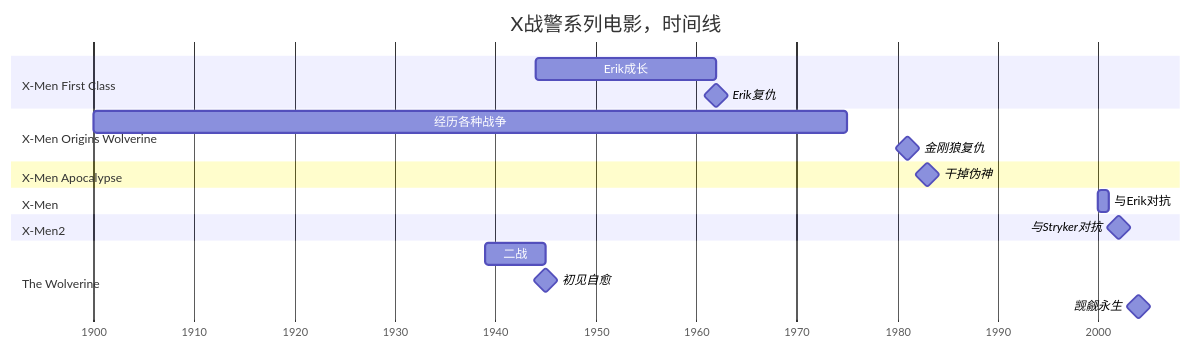
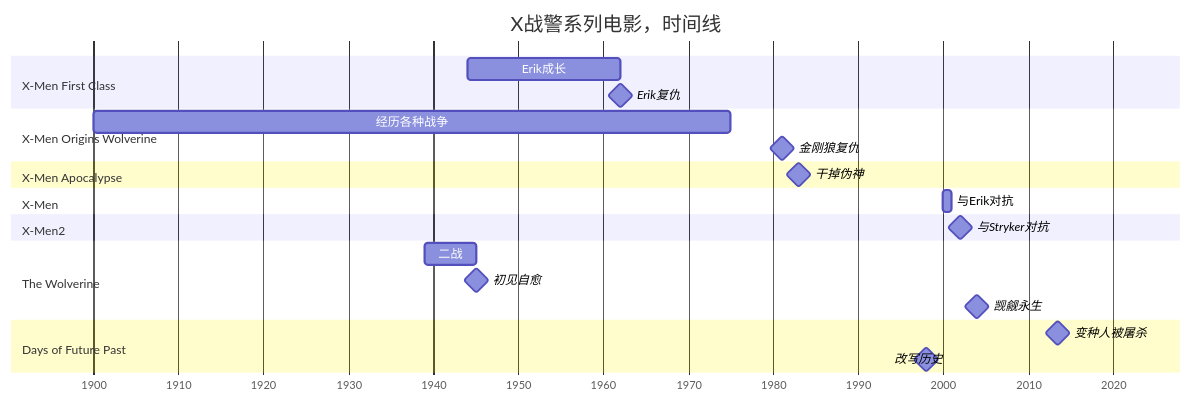
The diagram in 2021/11/life-movie-x-men/index.md (unclehuzi/unclehuzi.github.io), drawn with Mermaid before and after one commit. The commit also changed other lines of this file and 11 other files, not shown here.

```diff
--- a/2021/11/life-movie-x-men/index.md
+++ b/2021/11/life-movie-x-men/index.md
@@ -10,29 +10,33 @@
 {{< mermaid >}}
 gantt
     dateFormat YYYY
     axisFormat %Y
     title X战警系列电影，时间线
 
     section X-Men First Class
     Erik成长  : 1944,1962
     Erik复仇  : milestone,1962,1962
-
+    
     section X-Men Origins Wolverine
     经历各种战争 : 1900,1975
     金刚狼复仇: milestone,1981,1981
 
 
     section X-Men Apocalypse
     干掉伪神 : milestone,1983,1983
-
+    
     section X-Men
     与Erik对抗 : 2000,2001
-
+    
     section X-Men2
     与Stryker对抗 : milestone,2002,2002
-
+    
     section The Wolverine
     二战    : 1939,1945
     初见自愈 : milestone,1945,1945
     觊觎永生 : milestone,2004,2004
+    
+    section Days of Future Past
+        变种人被屠杀    : milestone,2023
+        改写历史       : milestone,1973
 {{< /mermaid >}}
```
